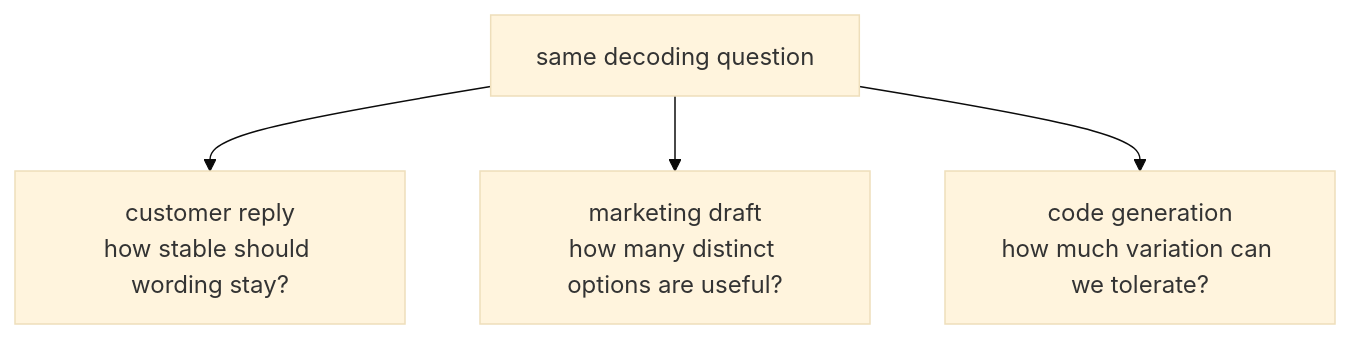
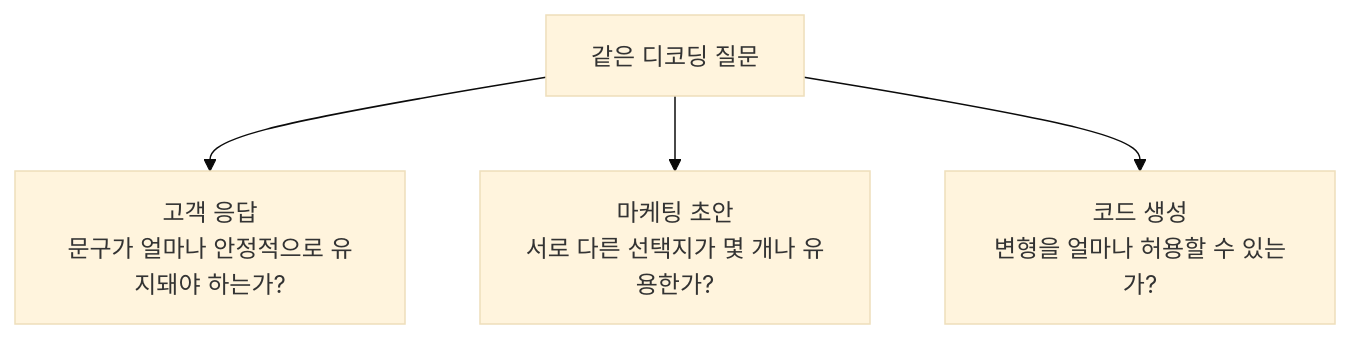
One commit to devchan64/AiBook changed the diagram in docs/assets/part-06/chapter-05/p6-c05-s02-diagram-02-ko.mmd. Above: the diagram before and after it, drawn with Mermaid (base theme). The commit also changed 139 other files, not shown here.

Commit message:
part6: expand beginner examples and diagram updates

```diff
--- a/docs/assets/part-06/chapter-05/p6-c05-s02-diagram-02-ko.mmd
+++ b/docs/assets/part-06/chapter-05/p6-c05-s02-diagram-02-ko.mmd
@@ -1,9 +1,9 @@
 flowchart TD
-  A["same decoding question"]
-  B["customer reply<br/>how stable should wording stay?"]
-  C["marketing draft<br/>how many distinct options are useful?"]
-  D["code generation<br/>how much variation can we tolerate?"]
+  A["같은 디코딩 질문"]
+  B["고객 응답<br/>문구가 얼마나 안정적으로 유지돼야 하는가?"]
+  C["마케팅 초안<br/>서로 다른 선택지가 몇 개나 유용한가?"]
+  D["코드 생성<br/>변형을 얼마나 허용할 수 있는가?"]
 
   A --> B
   A --> C
   A --> D
```
